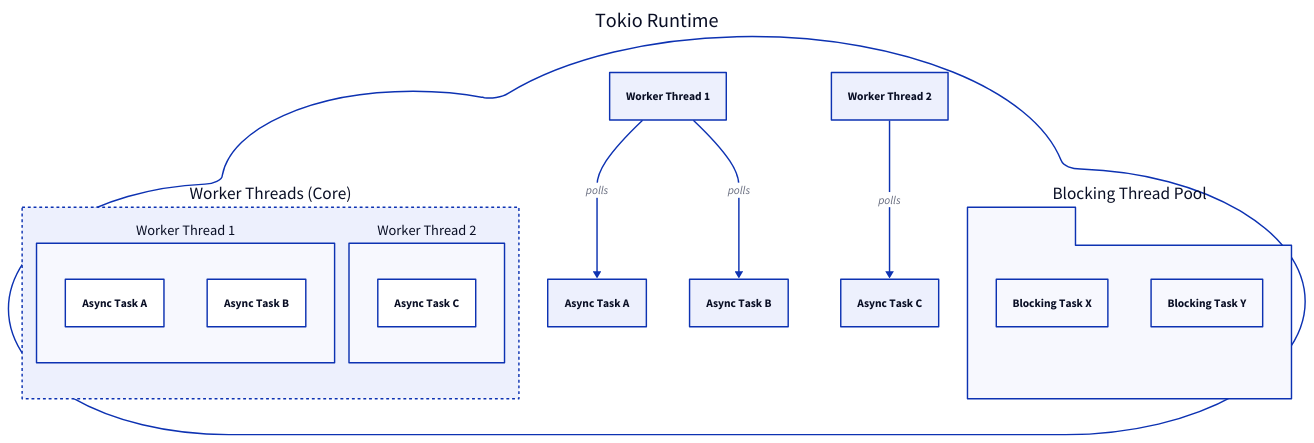
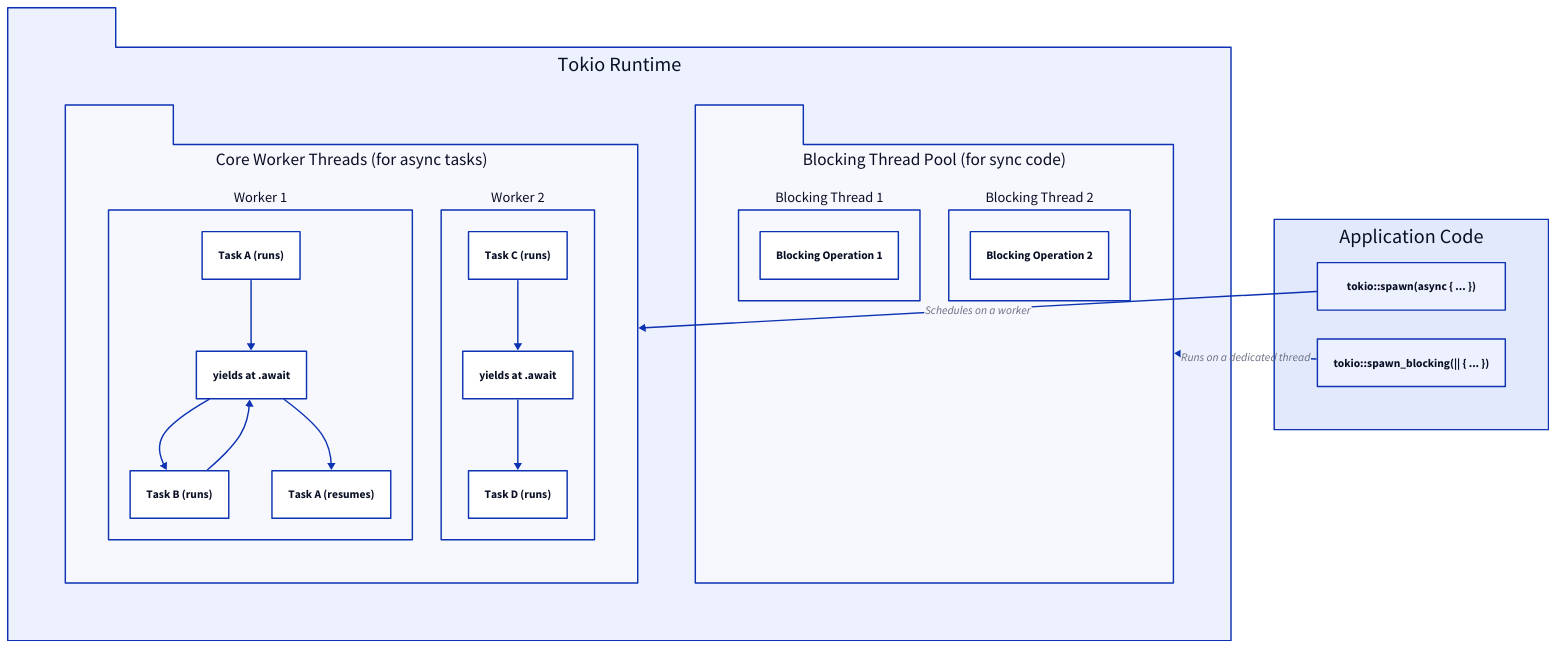
Before and after one commit to lban2049/tokio: the diagram in .aigne/doc-smith/docs/concepts-tasks.md, drawn with D2. The commit also changed other lines of this file and 42 other files, not shown here.

````diff
--- a/.aigne/doc-smith/docs/concepts-tasks.md
+++ b/.aigne/doc-smith/docs/concepts-tasks.md
@@ -11,28 +17,55 @@
 ```d2
 direction: down
 
-"Tokio Runtime" {
-  shape: cloud
+"Tokio Runtime": {
+  shape: package
+  grid-columns: 2
+  grid-gap: 80
 
-  "Worker Threads (Core)" {
-    style.stroke-dash: 2
-    "Worker Thread 1" {
-      "Async Task A"
-      "Async Task B"
+  "Core Worker Threads": {
+    label: "Core Worker Threads (for async tasks)"
+    shape: package
+    grid-columns: 2
+
+    "Worker 1": {
+      shape: rectangle
+      "Task A (runs)" -> "yields at .await" -> "Task B (runs)" -> "yields at .await" -> "Task A (resumes)"
     }
-    "Worker Thread 2" {
-      "Async Task C"
+
+    "Worker 2": {
+      shape: rectangle
+      "Task C (runs)" -> "yields at .await" -> "Task D (runs)"
     }
   }
 
-  "Blocking Thread Pool" {
+  "Blocking Thread Pool": {
+    label: "Blocking Thread Pool (for sync code)"
     shape: package
-    "Blocking Task X"
-    "Blocking Task Y"
+    grid-columns: 2
+
+    "Blocking Thread 1": {
+      shape: rectangle
+      "Blocking Operation 1"
+    }
+    "Blocking Thread 2": {
+      shape: rectangle
+      "Blocking Operation 2"
+    }
   }
+}
 
-  "Worker Thread 1" -> "Async Task A": polls
-  "Worker Thread 1" -> "Async Task B": polls
-  "Worker Thread 2" -> "Async Task C": polls
+"Application Code": {
+  shape: rectangle
+  grid-columns: 1
+  "spawn(async_fn)": {
+    label: "tokio::spawn(async { ... })"
+  }
+  "spawn_blocking(sync_fn)": {
+    label: "tokio::spawn_blocking(|| { ... })"
+  }
 }
+
+"Application Code"."spawn(async_fn)" -> "Tokio Runtime"."Core Worker Threads": "Schedules on a worker"
+"Application Code"."spawn_blocking(sync_fn)" -> "Tokio Runtime"."Blocking Thread Pool": "Runs on a dedicated thread"
+
 ```
````
